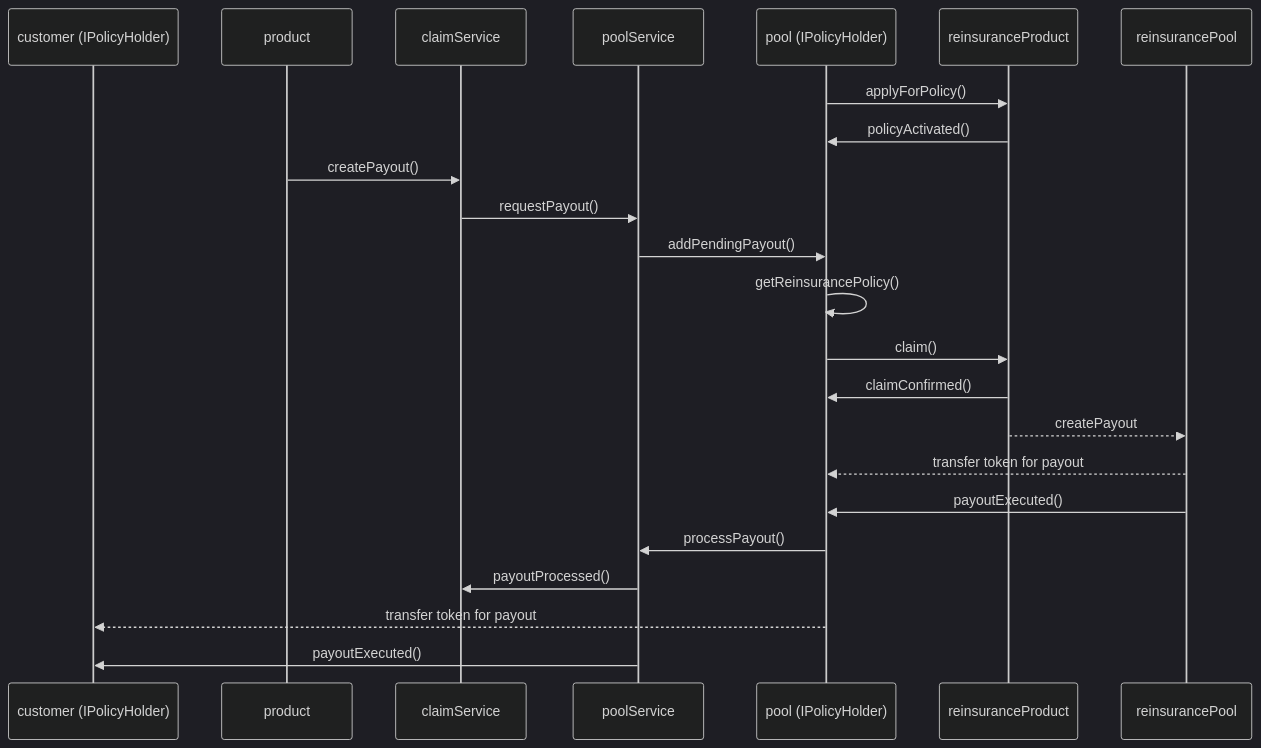
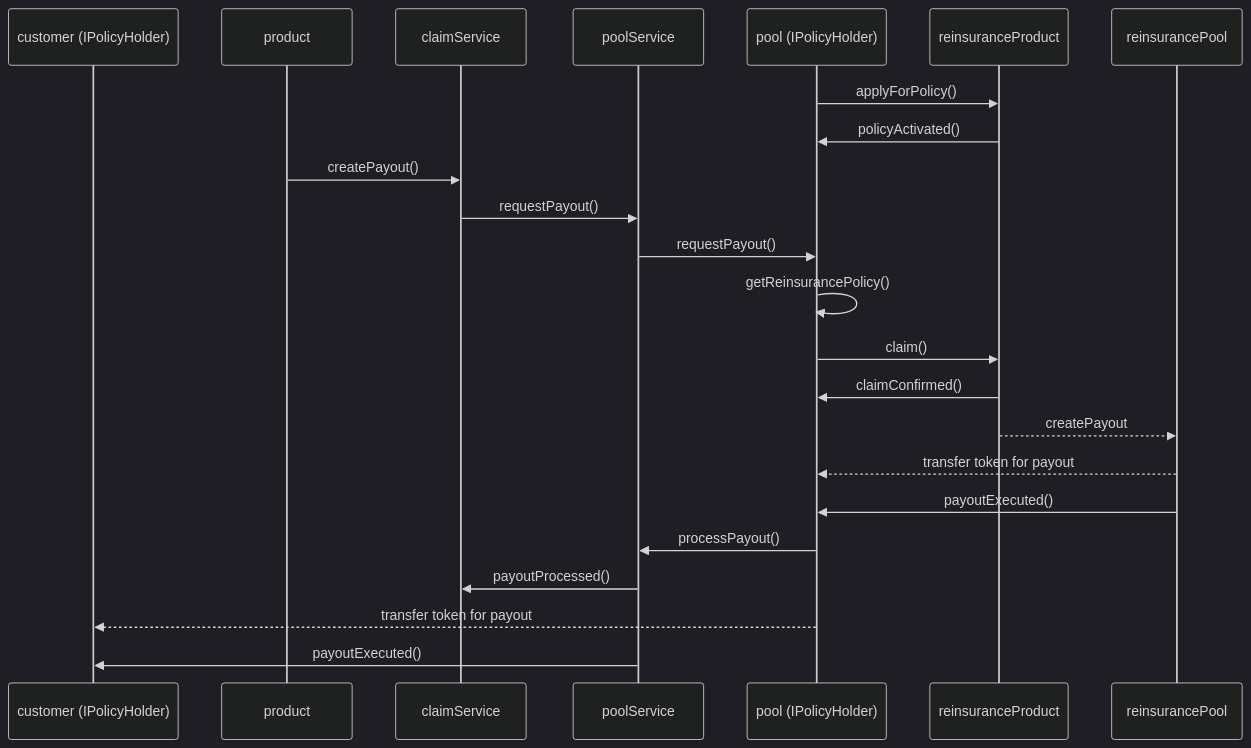
Before and after one commit to etherisc/gif-next: the second of 2 diagrams in docs_manual/payout_handling.md, drawn with Mermaid (dark theme). The commit also changed 11 other files, not shown here.

````diff
--- a/docs_manual/payout_handling.md
+++ b/docs_manual/payout_handling.md
@@ -39,23 +39,23 @@
 ```mermaid
 sequenceDiagram 
   participant customer as customer (IPolicyHolder)
   participant product
   participant claimService
   participant poolService
   participant pool as pool (IPolicyHolder)
   pool ->> reinsuranceProduct: applyForPolicy()
  reinsuranceProduct ->> pool: policyActivated()
   product->>claimService: createPayout()
   claimService ->> poolService: requestPayout()
-  poolService ->> pool: addPendingPayout()
+  poolService ->> pool: requestPayout()
   pool ->> pool: getReinsurancePolicy()
   pool ->> reinsuranceProduct: claim()
   reinsuranceProduct ->> pool: claimConfirmed()
   reinsuranceProduct -->> reinsurancePool: createPayout
   reinsurancePool -->> pool: transfer token for payout
   reinsurancePool ->> pool: payoutExecuted()
   pool ->> poolService: processPayout()
   poolService ->> claimService: payoutProcessed()
   pool -->> customer: transfer token for payout
   poolService ->> customer: payoutExecuted()
 ```
````
